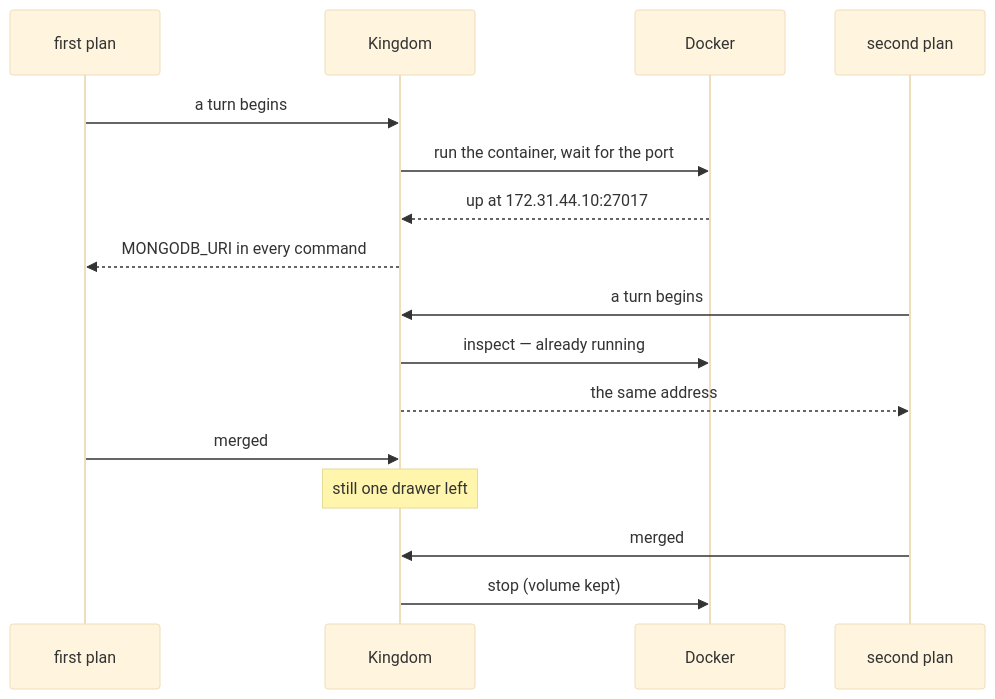
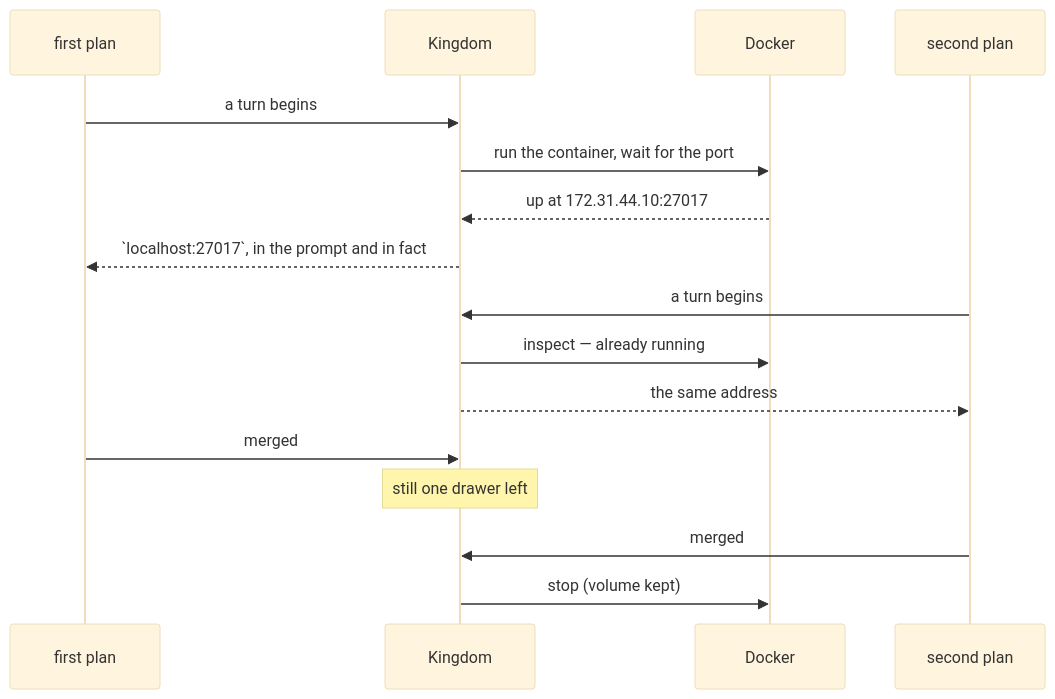
One commit to craigloewen-msft/kingdom-ide changed the second of 2 diagrams in docs/shared-resources.md. Above: the diagram before and after it, drawn with Mermaid (base theme). The commit also changed other lines of this file and 20 other files, not shown here.

````diff
--- a/docs/shared-resources.md
+++ b/docs/shared-resources.md
@@ -168,18 +211,18 @@
 ```mermaid
 sequenceDiagram
   participant P1 as first plan
   participant K as Kingdom
   participant D as Docker
   participant P2 as second plan
   P1->>K: a turn begins
   K->>D: run the container, wait for the port
   D-->>K: up at 172.31.44.10:27017
-  K-->>P1: MONGODB_URI in every command
+  K-->>P1: `localhost:27017`, in the prompt and in fact
   P2->>K: a turn begins
   K->>D: inspect — already running
   K-->>P2: the same address
   P1->>K: merged
   Note over K: still one drawer left
   P2->>K: merged
   K->>D: stop (volume kept)
 ```
````
